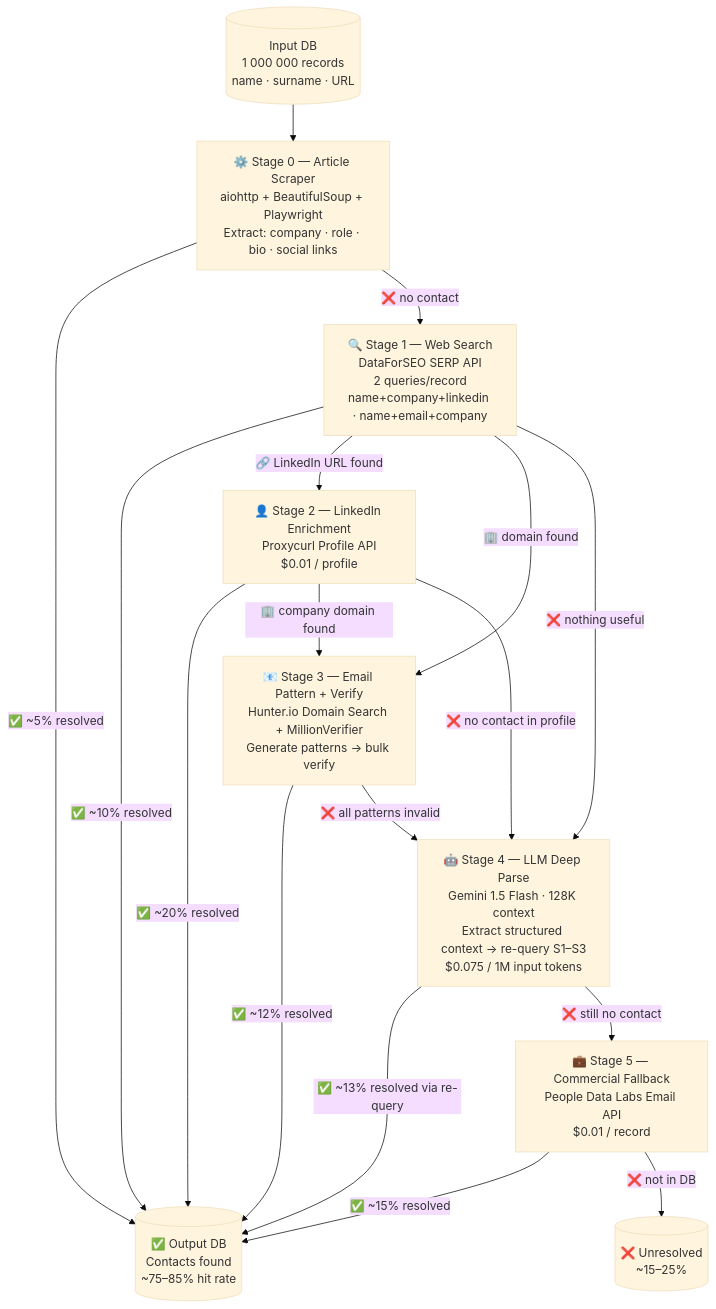
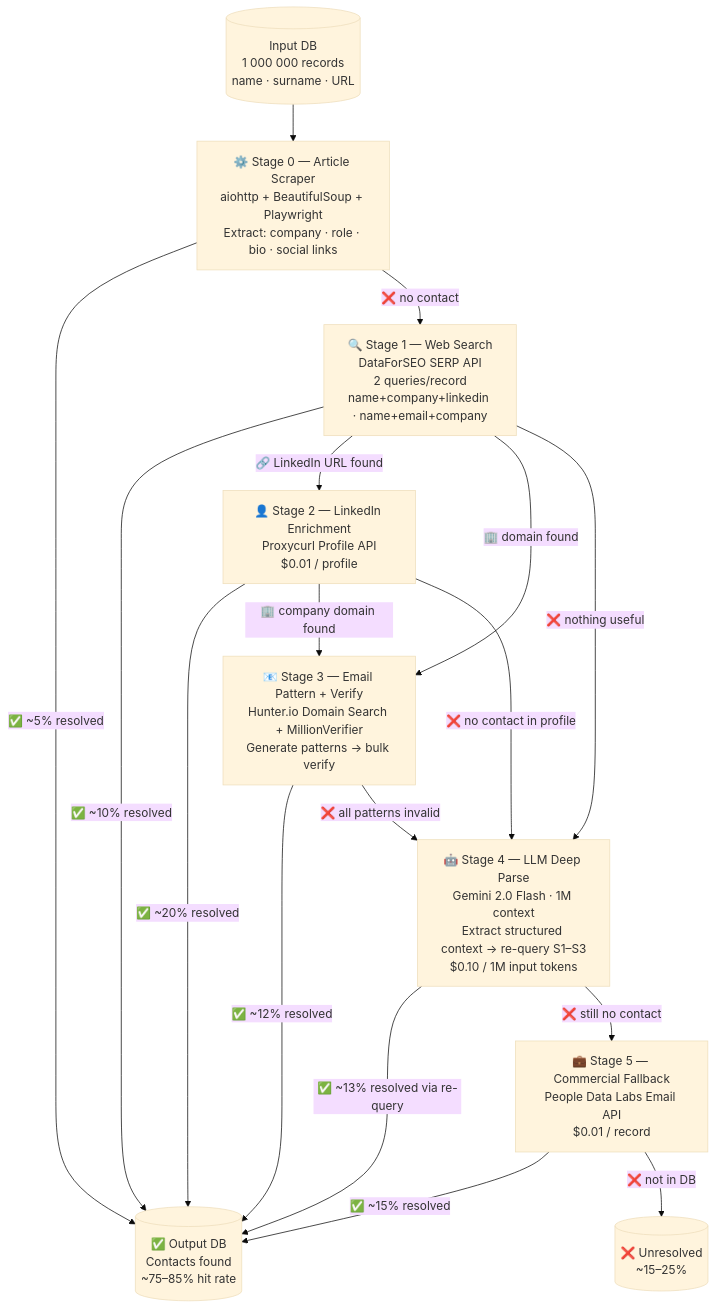
The diagram in SOLUTION.md (TinaUma/test2026), drawn with Mermaid (base theme) before and after one commit. The commit also changed other lines of this file and 1 other file, not shown here.

First line of the commit message:
Post-submission review: fix inaccuracies, add output schema and confidence score

````diff
--- a/SOLUTION.md
+++ b/SOLUTION.md
@@ -18,36 +18,36 @@
 ```mermaid
 flowchart TD
     A[(Input DB\n1 000 000 records\nname · surname · URL)]
 
     A --> S0
 
     S0["⚙️ Stage 0 — Article Scraper\naiohttp + BeautifulSoup + Playwright\nExtract: company · role · bio · social links"]
     S0 -->|"✅ ~5% resolved"| OUT
     S0 -->|"❌ no contact"| S1
 
     S1["🔍 Stage 1 — Web Search\nDataForSEO SERP API\n2 queries/record\nname+company+linkedin · name+email+company"]
     S1 -->|"✅ ~10% resolved"| OUT
     S1 -->|"🔗 LinkedIn URL found"| S2
     S1 -->|"🏢 domain found"| S3
     S1 -->|"❌ nothing useful"| S4
 
     S2["👤 Stage 2 — LinkedIn Enrichment\nProxycurl Profile API\n$0.01 / profile"]
     S2 -->|"✅ ~20% resolved"| OUT
     S2 -->|"🏢 company domain found"| S3
     S2 -->|"❌ no contact in profile"| S4
 
     S3["📧 Stage 3 — Email Pattern + Verify\nHunter.io Domain Search + MillionVerifier\nGenerate patterns → bulk verify"]
     S3 -->|"✅ ~12% resolved"| OUT
     S3 -->|"❌ all patterns invalid"| S4
 
-    S4["🤖 Stage 4 — LLM Deep Parse\nGemini 1.5 Flash · 128K context\nExtract structured context → re-query S1–S3\n$0.075 / 1M input tokens"]
+    S4["🤖 Stage 4 — LLM Deep Parse\nGemini 2.0 Flash · 1M context\nExtract structured context → re-query S1–S3\n$0.10 / 1M input tokens"]
     S4 -->|"✅ ~13% resolved via re-query"| OUT
     S4 -->|"❌ still no contact"| S5
 
     S5["💼 Stage 5 — Commercial Fallback\nPeople Data Labs Email API\n$0.01 / record"]
     S5 -->|"✅ ~15% resolved"| OUT
     S5 -->|"❌ not in DB"| FAIL
 
     OUT[("✅ Output DB\nContacts found\n~75–85% hit rate")]
     FAIL[("❌ Unresolved\n~15–25%")]
 ```
````
